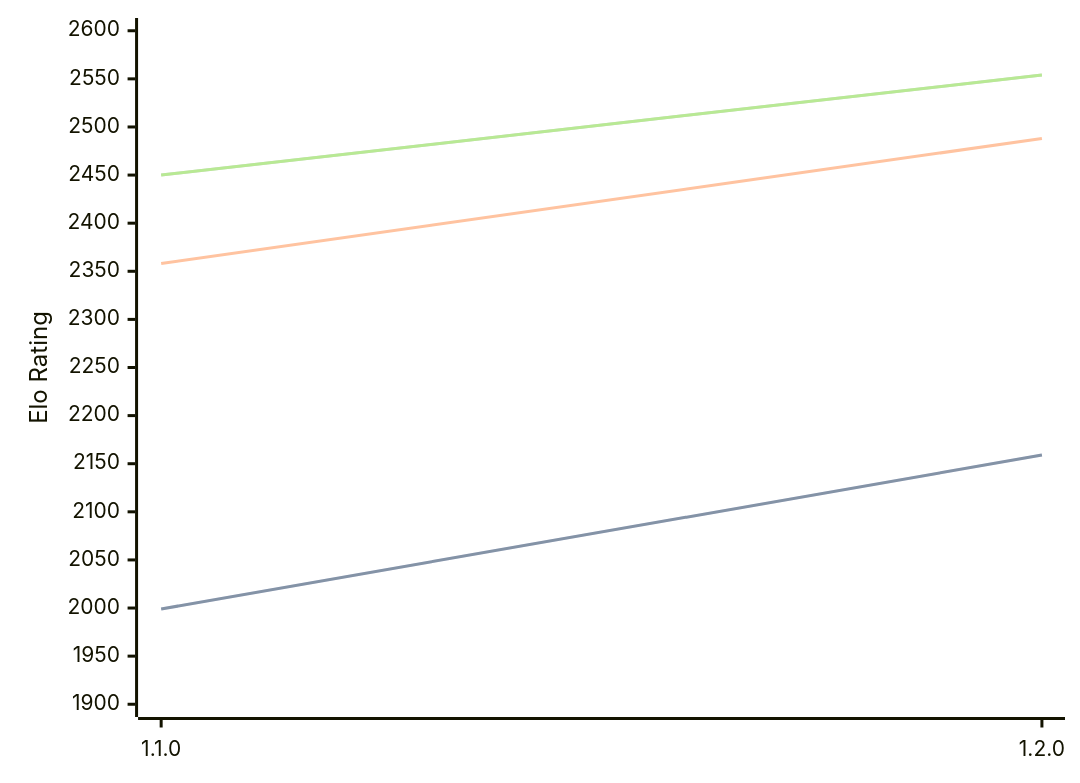
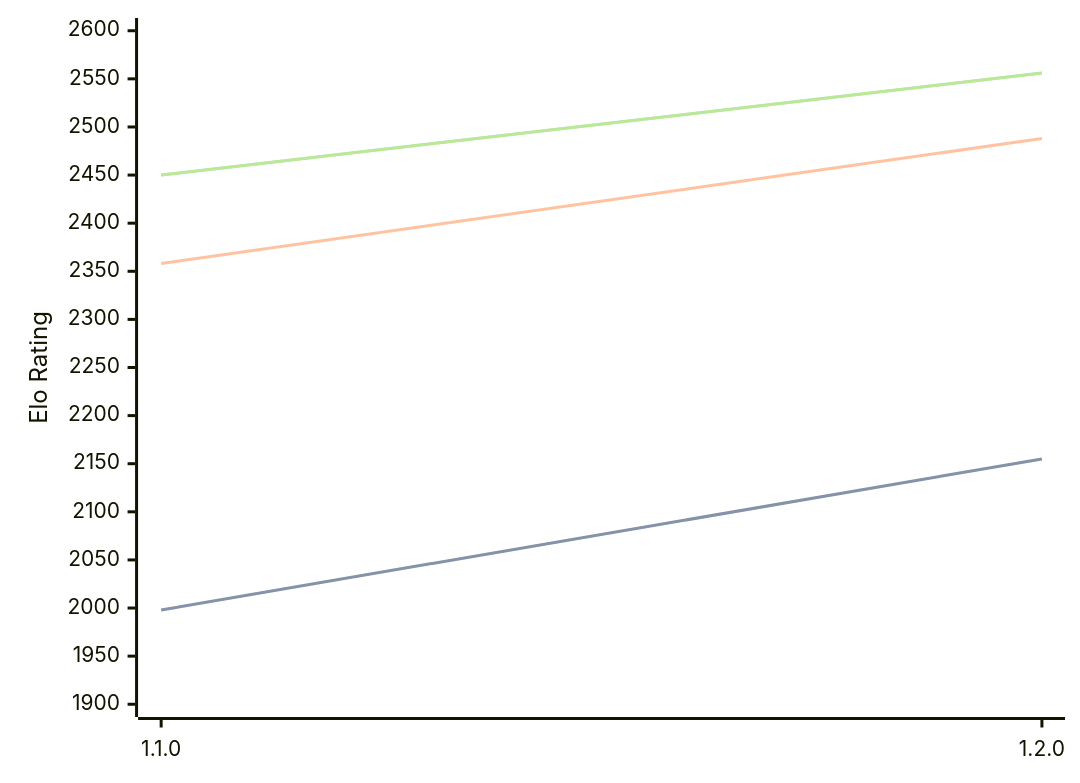
Before and after one commit to computer-chess-index/cci: the diagram in engines/Gyatso.md, drawn with Mermaid. The commit also changed other lines of this file, not shown here.

Commit message:
Update CCI Ratings (ELO VLTC) - 2026-03-16

````diff
--- a/engines/Gyatso.md
+++ b/engines/Gyatso.md
@@ -31,11 +31,11 @@
 ```mermaid
 %%{init: {"theme":"base","themeVariables":{"seriesColors:['#a3a3a3','#222221','#faa371']}}}%%
 xychart-beta
   x-axis ["1.1.0", "1.2.0"]
   y-axis "Elo Rating" 1900 --> 2600
-  line "STC (8.0+0.08s)" [1999, 2159]
-  line "STC (8.0+0.08s)" [1999, 2159]
+  line "STC (8.0+0.08s)" [1998, 2155]
+  line "STC (8.0+0.08s)" [1998, 2155]
   line "LTC (60.0+0.60s)" [2358, 2488]
-  line "VLTC (2m24s+1.12s)" [2450, 2554]
-  line "VLTC (2m24s+1.12s)" [2450, 2554]
+  line "VLTC (2m24s+1.12s)" [2450, 2556]
+  line "VLTC (2m24s+1.12s)" [2450, 2556]
 ```
````
